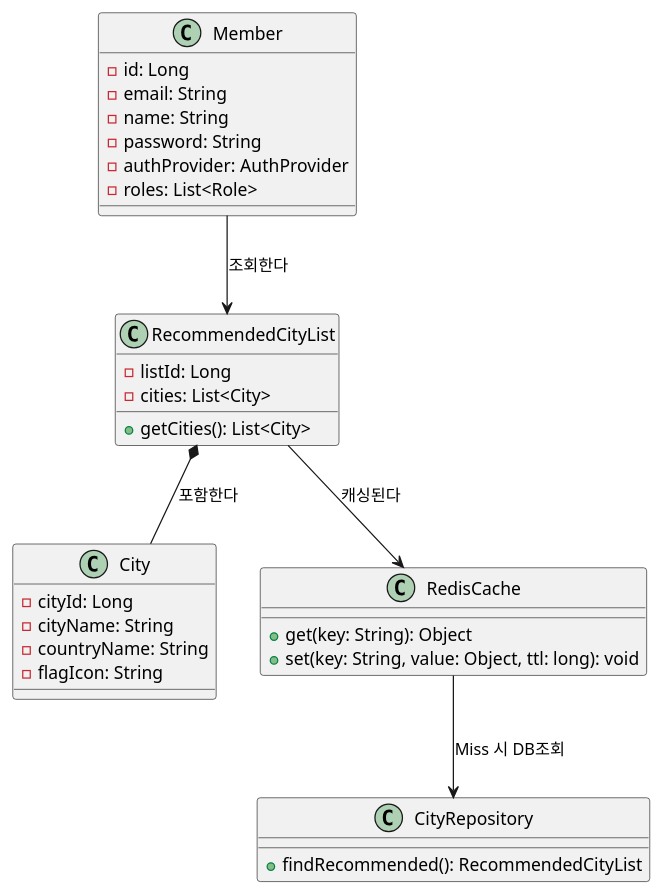
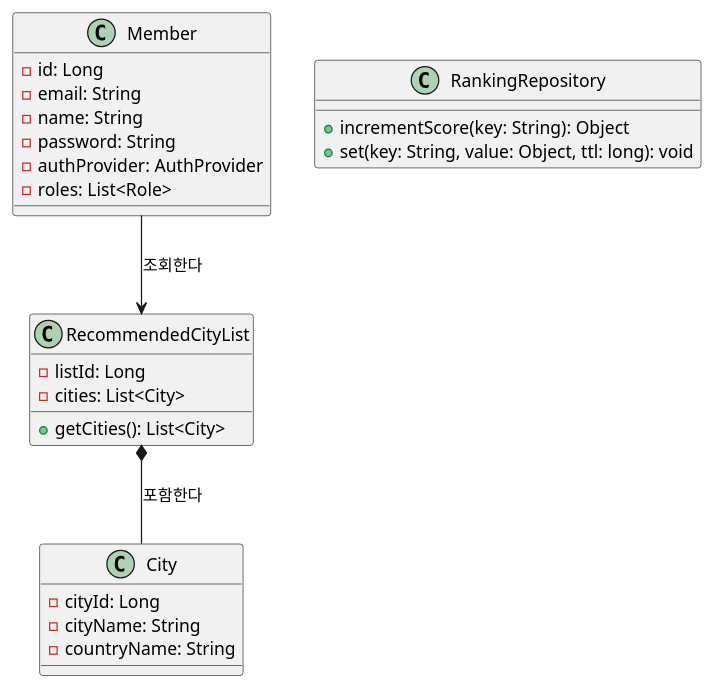
The diagram in diagram/class-favorite.puml (depromeet/globber-server), drawn with PlantUML before and after one commit. The commit also changed 1 other file, not shown here.

Commit message:
refactor: 시퀀스 다이어그램 수정

```diff
--- a/diagram/class-favorite.puml
+++ b/diagram/class-favorite.puml
@@ -1,37 +1,32 @@
 @startuml
 class Member {
   - id: Long
   - email: String
   - name: String
   - password: String
   - authProvider: AuthProvider
   - roles: List<Role>
 }
 
 class RecommendedCityList {
   - listId: Long
   - cities: List<City>
   + getCities(): List<City>
 }
 
 class City {
   - cityId: Long
   - cityName: String
   - countryName: String
-  - flagIcon: String
 }
 
-class RedisCache {
-  + get(key: String): Object
+class RankingRepository {
+  + incrementScore(key: String): Object
   + set(key: String, value: Object, ttl: long): void
 }
 
-class CityRepository {
-  + findRecommended(): RecommendedCityList
-}
+
 
 Member --> RecommendedCityList : 조회한다
 RecommendedCityList *-- City : 포함한다
-RecommendedCityList --> RedisCache : 캐싱된다
-RedisCache --> CityRepository : Miss 시 DB조회
 @enduml
```
